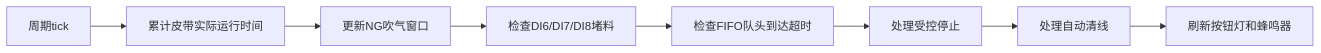
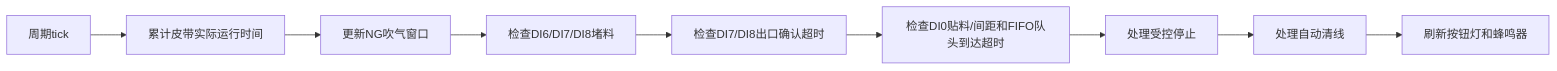
Before and after one commit to wulili200709/EmbeddingTest: the fourth of 12 diagrams in 皮带线IO控制架构与代码流程说明.md, drawn with Mermaid. The commit also changed other lines of this file and 8 other files, not shown here.

````diff
--- a/皮带线IO控制架构与代码流程说明.md
+++ b/皮带线IO控制架构与代码流程说明.md
@@ -388,10 +418,11 @@
 ```mermaid
 flowchart LR
     A["周期tick"] --> B["累计皮带实际运行时间"]
     B --> C["更新NG吹气窗口"]
     C --> D["检查DI6/DI7/DI8堵料"]
-    D --> E["检查FIFO队头到达超时"]
-    E --> F["处理受控停止"]
-    F --> G["处理自动清线"]
-    G --> H["刷新按钮灯和蜂鸣器"]
+    D --> E["检查DI7/DI8出口确认超时"]
+    E --> F["检查DI0贴料/间距和FIFO队头到达超时"]
+    F --> G["处理受控停止"]
+    G --> H["处理自动清线"]
+    H --> I["刷新按钮灯和蜂鸣器"]
 ```
````
